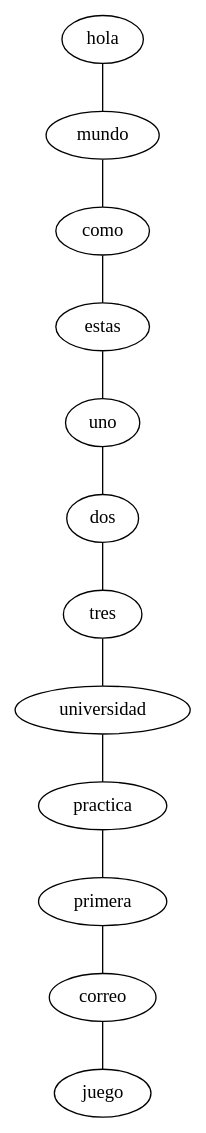
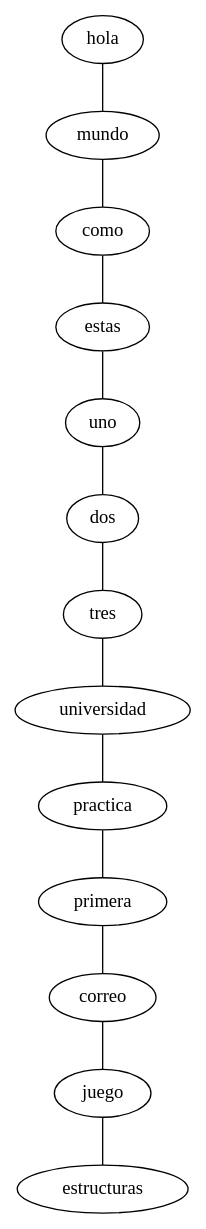
The diagram in src/Documentos/listadiccionario.dot (leonelzh21/Practica1s12017_201212802), drawn with Graphviz before and after one commit. The commit also changed 18 other files, not shown here.

```diff
--- a/src/Documentos/listadiccionario.dot
+++ b/src/Documentos/listadiccionario.dot
@@ -1,25 +1,27 @@
 graph G{
 hola
 mundo
 como
 estas
 uno
 dos
 tres
 universidad
 practica
 primera
 correo
 juego
+estructuras
 "hola"--"mundo"
 "mundo"--"como"
 "como"--"estas"
 "estas"--"uno"
 "uno"--"dos"
 "dos"--"tres"
 "tres"--"universidad"
 "universidad"--"practica"
 "practica"--"primera"
 "primera"--"correo"
 "correo"--"juego"
+"juego"--"estructuras"
 }
```
